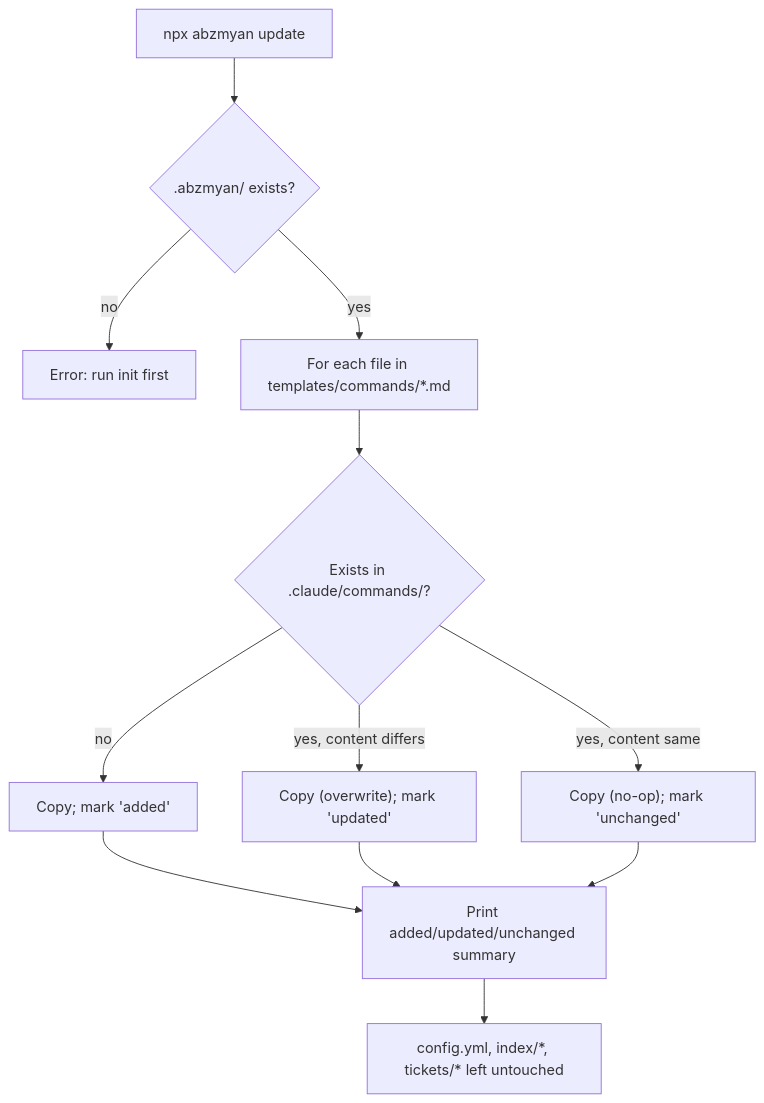
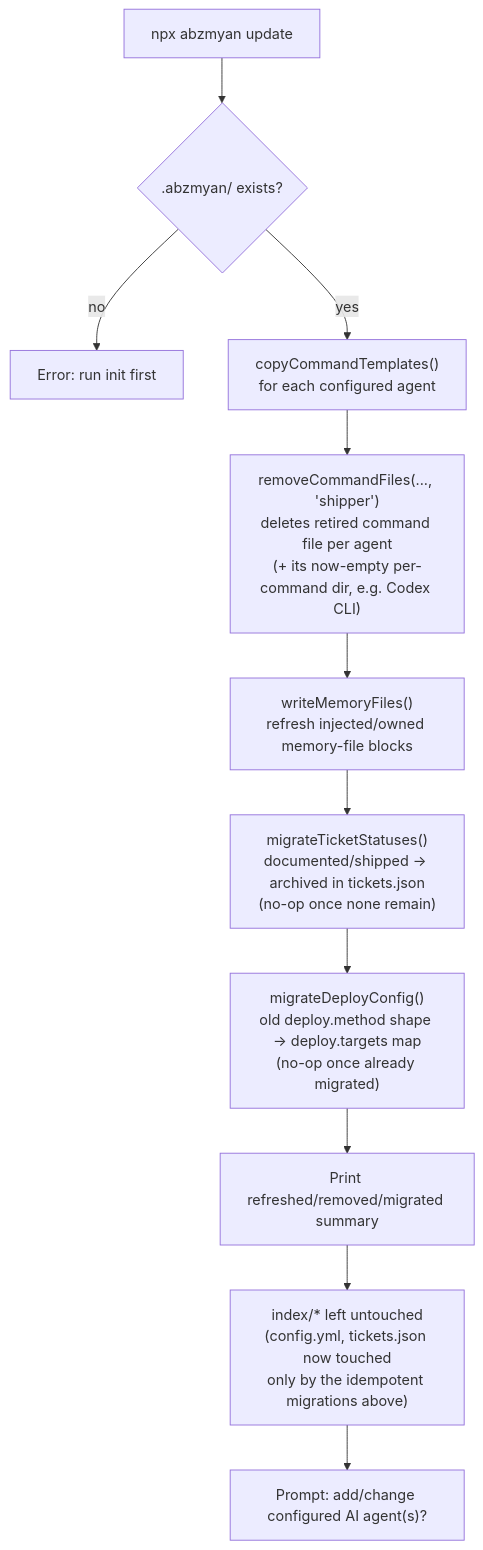
The second of 5 diagrams in .abzmyan/index/flow-diagrams.md (malekandrew/abzmyan), drawn with Mermaid before and after one commit. The commit also changed other lines of this file and 29 other files, not shown here.

First line of the commit message:
feat: Replace Shipper with Deployer agent and rename ticket status to archived

````diff
--- a/.abzmyan/index/flow-diagrams.md
+++ b/.abzmyan/index/flow-diagrams.md
@@ -27,12 +27,13 @@
 ```mermaid
 flowchart TD
     A["npx abzmyan update"] --> B{".abzmyan/ exists?"}
     B -- no --> C["Error: run init first"]
-    B -- yes --> D["For each file in templates/commands/*.md"]
-    D --> E{"Exists in .claude/commands/?"}
-    E -- no --> F["Copy; mark 'added'"]
-    E -- yes, content differs --> G["Copy (overwrite); mark 'updated'"]
-    E -- yes, content same --> H["Copy (no-op); mark 'unchanged'"]
-    F & G & H --> I["Print added/updated/unchanged summary"]
-    I --> J["config.yml, index/*, tickets/* left untouched"]
+    B -- yes --> D["copyCommandTemplates()\nfor each configured agent"]
+    D --> E["removeCommandFiles(..., 'shipper')\ndeletes retired command file per agent\n(+ its now-empty per-command dir, e.g. Codex CLI)"]
+    E --> F["writeMemoryFiles()\nrefresh injected/owned memory-file blocks"]
+    F --> G["migrateTicketStatuses()\ndocumented/shipped -> archived in tickets.json\n(no-op once none remain)"]
+    G --> H["migrateDeployConfig()\nold deploy.method shape -> deploy.targets map\n(no-op once already migrated)"]
+    H --> I["Print refreshed/removed/migrated summary"]
+    I --> J["index/* left untouched\n(config.yml, tickets.json now touched\nonly by the idempotent migrations above)"]
+    J --> K["Prompt: add/change configured AI agent(s)?"]
 ```
````
